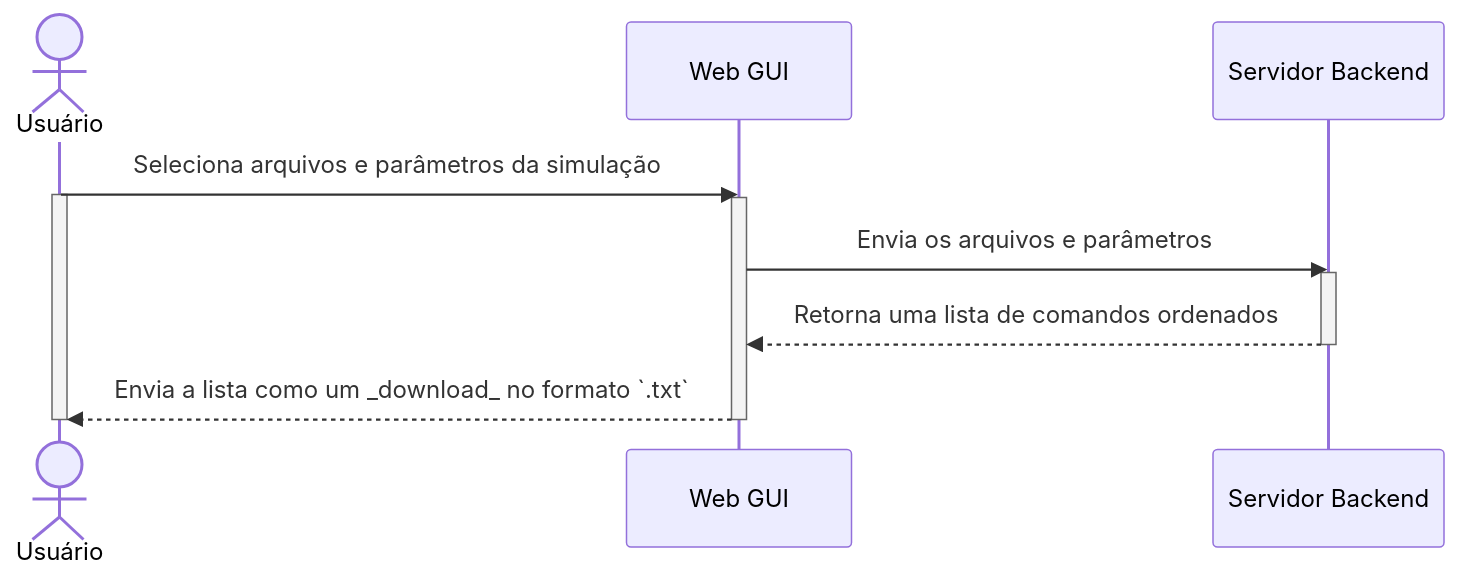
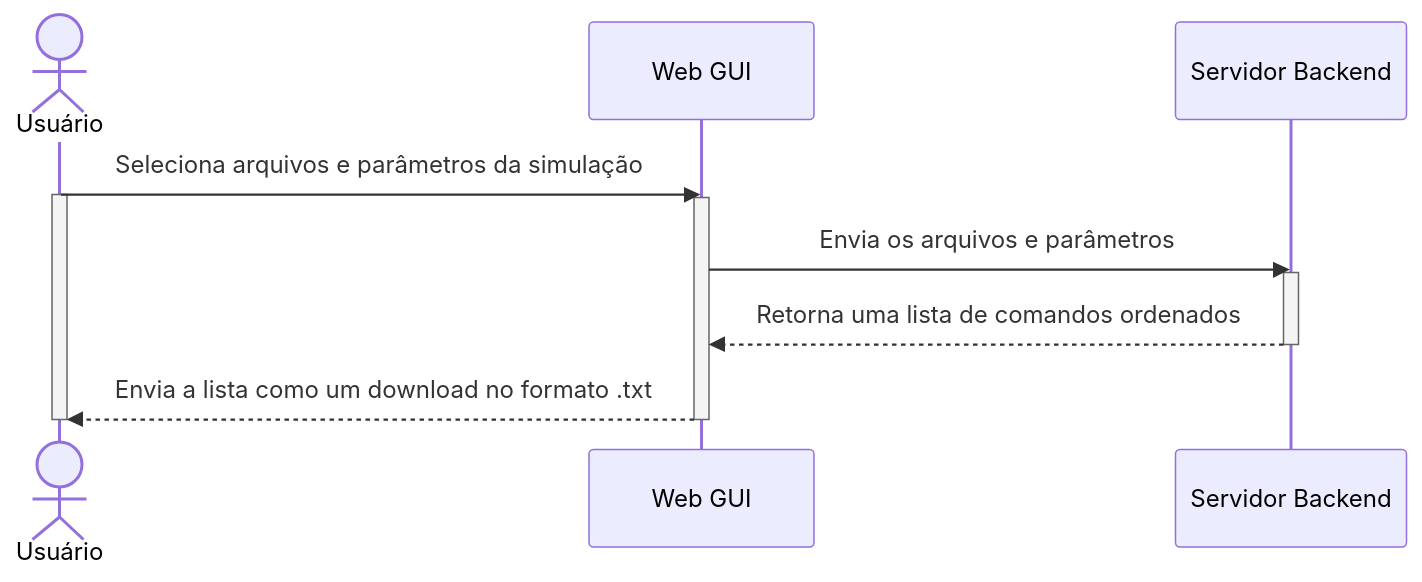
The first of 2 diagrams in pages/5-diagrama-sequencia.mdx (ivopr/tcc-presentation), drawn with Mermaid before and after one commit. The commit also changed other lines of this file and 8 other files, not shown here.

````diff
--- a/pages/5-diagrama-sequencia.mdx
+++ b/pages/5-diagrama-sequencia.mdx
@@ -8,17 +8,17 @@
 ```mermaid
 sequenceDiagram
   actor Usuário
   participant Web GUI
   participant Servidor Backend
 
   Usuário->>Web GUI: Seleciona arquivos e parâmetros da simulação
   activate Usuário
   activate Web GUI
   Web GUI->>Servidor Backend: Envia os arquivos e parâmetros
   activate Servidor Backend
   Servidor Backend-->>Web GUI: Retorna uma lista de comandos ordenados
   deactivate Servidor Backend
-  Web GUI-->>Usuário: Envia a lista como um _download_ no formato `.txt`
+  Web GUI-->>Usuário: Envia a lista como um download no formato .txt
   deactivate Web GUI
   deactivate Usuário
 ```
````
